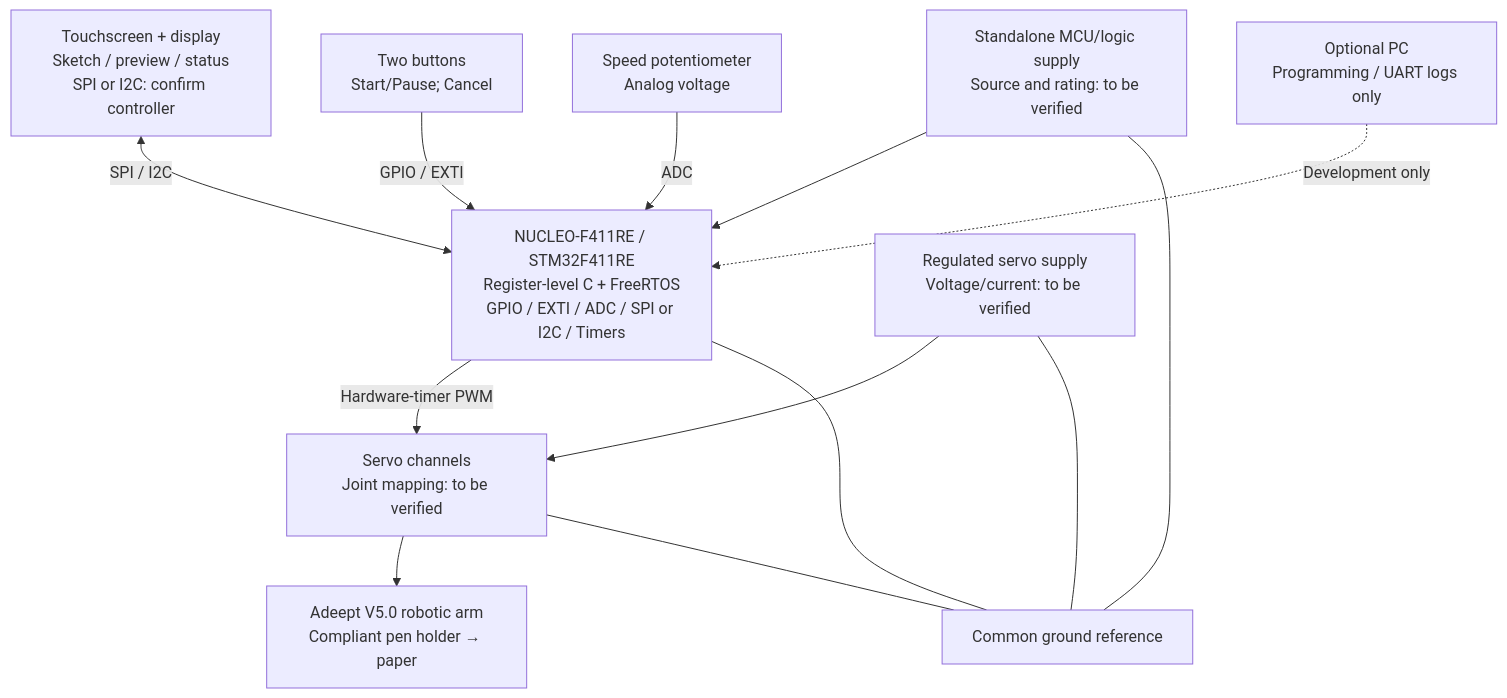
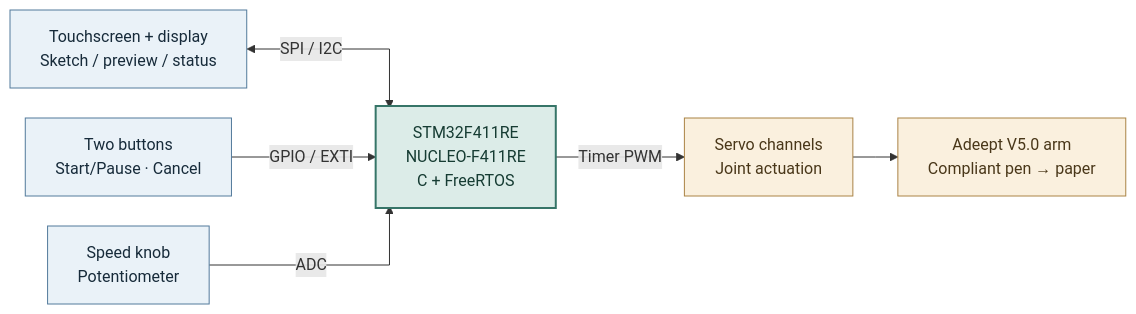
Before and after one commit to fangdong0620/ESE5190-Embedded-Robotics-Platform: the first of 3 diagrams in Final project proposal.md, drawn with Mermaid. The commit also changed other lines of this file, not shown here.

Commit message:
diagram&BOM updated

````diff
--- a/Final project proposal.md
+++ b/Final project proposal.md
@@ -50,26 +52,23 @@
 ```mermaid
-flowchart TB
-    TOUCH["Touchscreen + display<br/>Sketch / preview / status<br/>SPI or I2C: confirm controller"]
-    BTN["Two buttons<br/>Start/Pause; Cancel"]
-    POT["Speed potentiometer<br/>Analog voltage"]
-    MCU["NUCLEO-F411RE / STM32F411RE<br/>Register-level C + FreeRTOS<br/>GPIO / EXTI / ADC / SPI or I2C / Timers"]
-    SERVO["Servo channels<br/>Joint mapping: to be verified"]
-    ARM["Adeept V5.0 robotic arm<br/>Compliant pen holder → paper"]
-    MCUPOWER["Standalone MCU/logic supply<br/>Source and rating: to be verified"]
-    SERVOPWR["Regulated servo supply<br/>Voltage/current: to be verified"]
-    GND["Common ground reference"]
-    PC["Optional PC<br/>Programming / UART logs only"]
+%%{init: {"flowchart": {"curve": "stepAfter", "nodeSpacing": 30, "rankSpacing": 45}}}%%
+flowchart LR
+    TOUCH["Touchscreen + display<br/>Sketch / preview / status"]
+    BTN["Two buttons<br/>Start/Pause · Cancel"]
+    POT["Speed knob<br/>Potentiometer"]
+    MCU["STM32F411RE<br/>NUCLEO-F411RE<br/>C + FreeRTOS"]
+    SERVO["Servo channels<br/>Joint actuation"]
+    ARM["Adeept V5.0 arm<br/>Compliant pen → paper"]
 
     TOUCH <-->|"SPI / I2C"| MCU
     BTN -->|"GPIO / EXTI"| MCU
     POT -->|"ADC"| MCU
-    MCU -->|"Hardware-timer PWM"| SERVO
+    MCU -->|"Timer PWM"| SERVO
     SERVO --> ARM
-    MCUPOWER --> MCU
-    SERVOPWR --> SERVO
-    MCU --- GND
-    SERVO --- GND
-    MCUPOWER --- GND
-    SERVOPWR --- GND
-    PC -.->|"Development only"| MCU
+
+    classDef io fill:#eaf2f8,stroke:#527a9b,color:#172b3a;
+    classDef control fill:#dcece8,stroke:#367568,color:#163c33,stroke-width:2px;
+    classDef motion fill:#faf0de,stroke:#aa8345,color:#493719;
+    class TOUCH,BTN,POT io;
+    class MCU control;
+    class SERVO,ARM motion;
 ```
````
